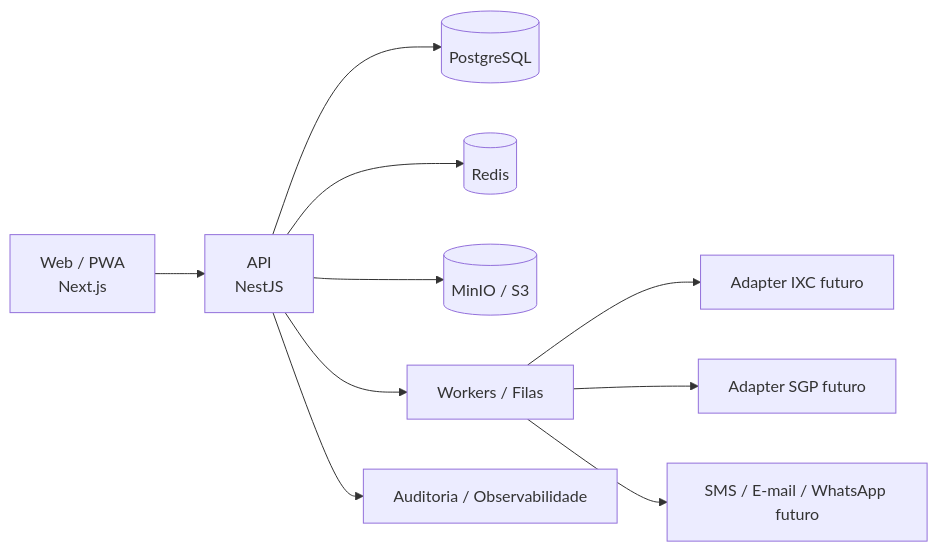
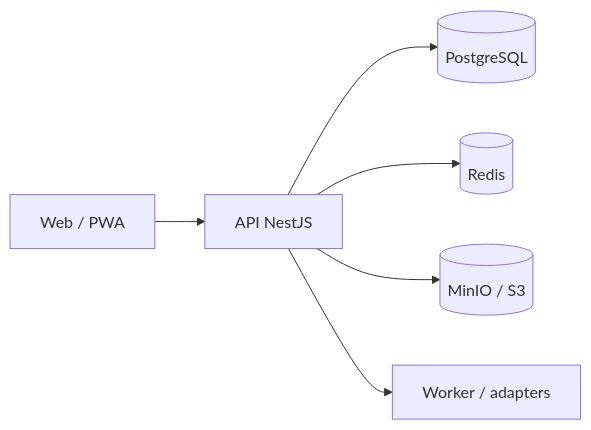
One commit to nicholasrichardsonsecurity/quero-internet changed the diagram in README.md. Above: the diagram before and after it, drawn with Mermaid. The commit also changed other lines of this file, not shown here.

````diff
--- a/README.md
+++ b/README.md
@@ -153,12 +86,8 @@
 ```mermaid
 flowchart LR
-  WEB[Web / PWA\nNext.js] --> API[API\nNestJS]
+  WEB[Web / PWA] --> API[API NestJS]
   API --> DB[(PostgreSQL)]
-  API --> REDIS[(Redis)]
-  API --> STORAGE[(MinIO / S3)]
-  API --> WORKER[Workers / Filas]
-  WORKER --> IXC[Adapter IXC futuro]
-  WORKER --> SGP[Adapter SGP futuro]
-  WORKER --> MSG[SMS / E-mail / WhatsApp futuro]
-  API --> AUDIT[Auditoria / Observabilidade]
+  API --> CACHE[(Redis)]
+  API --> FILES[(MinIO / S3)]
+  API --> WORKER[Worker / adapters]
 ```
````
